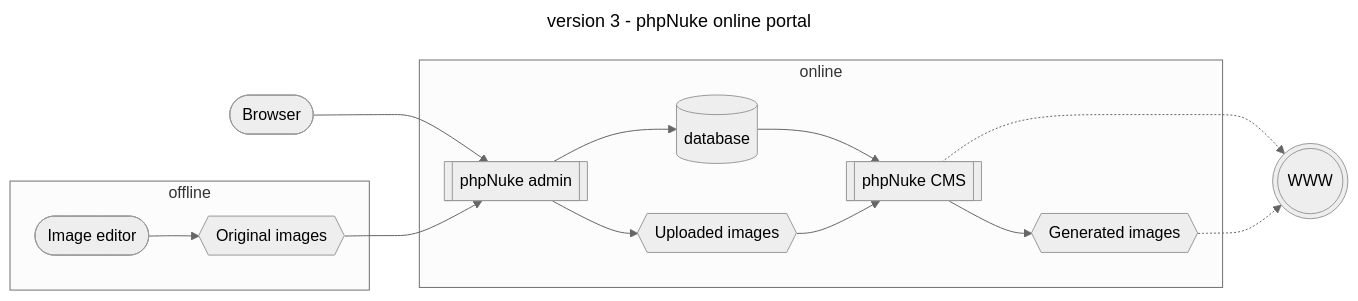
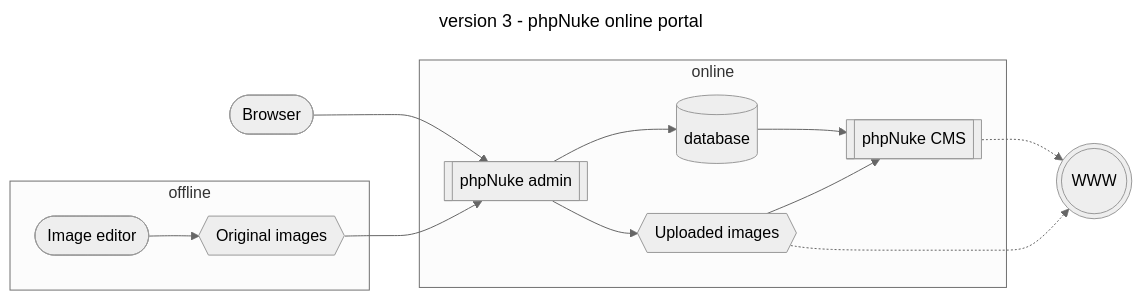
Before and after one commit to edwindus/attentionspan: the diagram in content/posts/dacorsa/storia/2003-dacorsa-net-release-03.mermaid, drawn with Mermaid. The commit also changed 9 other files, not shown here.

```diff
--- a/content/posts/dacorsa/storia/2003-dacorsa-net-release-03.mermaid
+++ b/content/posts/dacorsa/storia/2003-dacorsa-net-release-03.mermaid
@@ -1,31 +1,29 @@
 ---
 title: version 3 - phpNuke online portal
 ---
 
 %%{ init: {'theme': 'neutral'} }%%
 graph LR
 
 subgraph offline
     gimp([Image editor]) --> source{{Original images}}
 end
 
 subgraph online
     database[(database)]
     images{{Uploaded images}}
     editor[[phpNuke admin]]
     cms[[phpNuke CMS]]
-    generated{{Generated images}}
 end
 
 editor --> database
 editor --> images
 
 database --> cms
 images --> cms
-cms --> generated
 
 adminbrowser([Browser]) --> editor
 source --> editor
 
 cms -.-> browser(((WWW)))
-generated -.-> browser
+images -.-> browser
```
